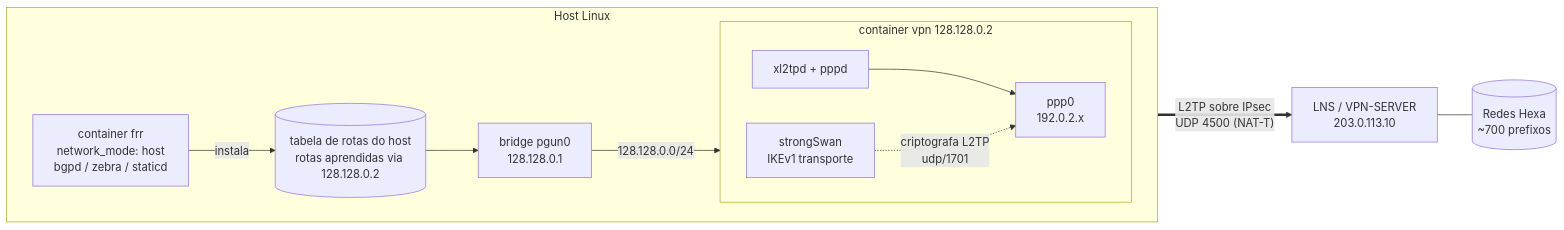
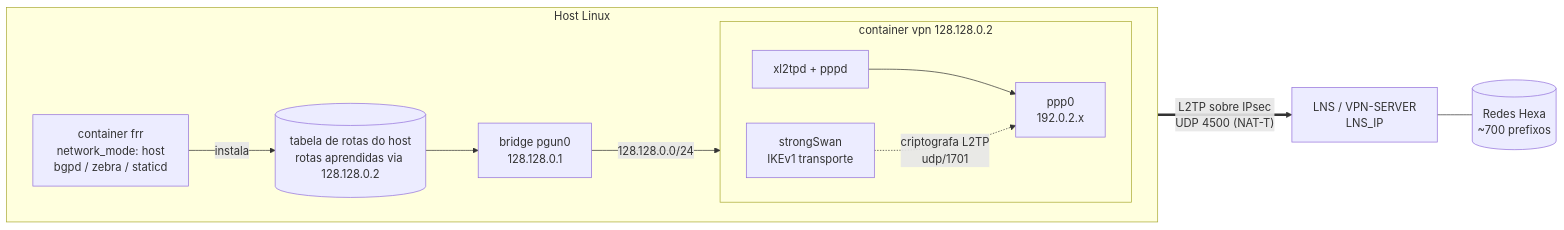
Before and after one commit to Hexa-Networks/portal-gun: the first of 6 diagrams in docs/README.pt-BR.md, drawn with Mermaid. The commit also changed other lines of this file and 2 other files, not shown here.

First line of the commit message:
docs/config: remove endereços reais (IP do LNS e topologia interna)

````diff
--- a/docs/README.pt-BR.md
+++ b/docs/README.pt-BR.md
@@ -52,21 +52,21 @@
 ```mermaid
 flowchart LR
     subgraph HOST["Host Linux"]
         direction LR
         FRR["container frr<br/>network_mode: host<br/>bgpd / zebra / staticd"]
         KRT[("tabela de rotas do host<br/>rotas aprendidas via 128.128.0.2")]
         BR["bridge pgun0<br/>128.128.0.1"]
         subgraph VPNC["container vpn 128.128.0.2"]
             SS["strongSwan<br/>IKEv1 transporte"]
             XL["xl2tpd + pppd"]
             PPP["ppp0<br/>192.0.2.x"]
         end
         FRR -- instala --> KRT
         KRT --> BR
         BR -- "128.128.0.0/24" --> VPNC
         XL --> PPP
         SS -. "criptografa L2TP<br/>udp/1701" .-> PPP
     end
-    PPP == "L2TP sobre IPsec<br/>UDP 4500 (NAT-T)" ==> LNS["LNS / VPN-SERVER<br/>203.0.113.10"]
+    PPP == "L2TP sobre IPsec<br/>UDP 4500 (NAT-T)" ==> LNS["LNS / VPN-SERVER<br/>LNS_IP"]
     LNS --- NET[("Redes Hexa<br/>~700 prefixos")]
 ```
````
